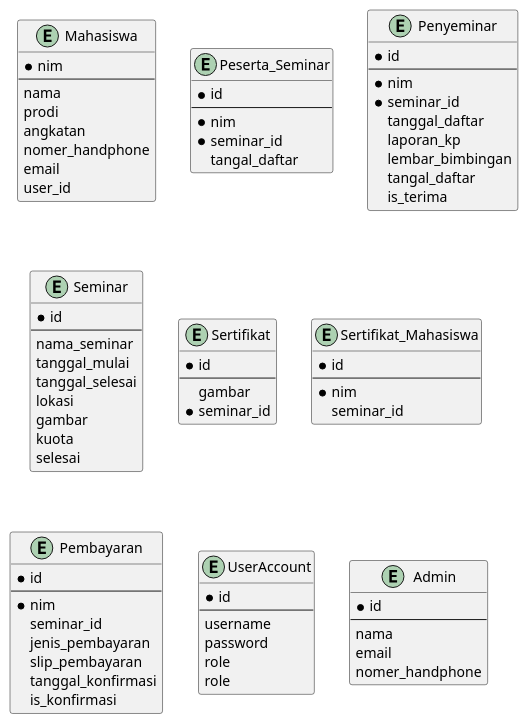
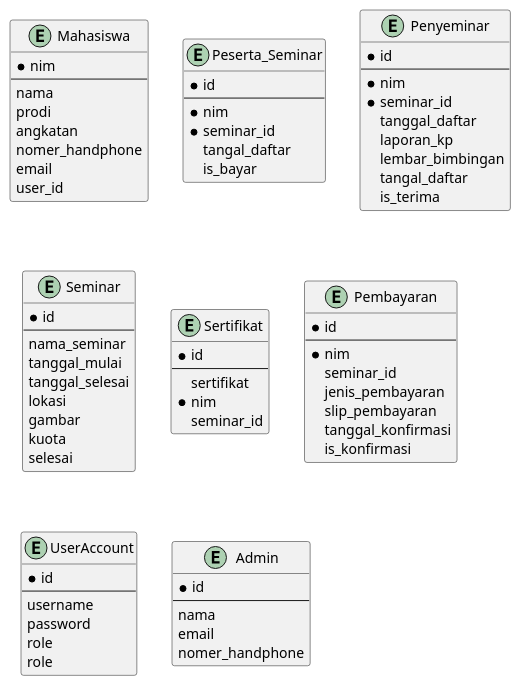
Before and after one commit to ahmadriffai/seminar-kerja-praktek: the diagram in uml/erd/erd.puml, drawn with PlantUML. The commit also changed 47 other files, not shown here.

```diff
--- a/uml/erd/erd.puml
+++ b/uml/erd/erd.puml
@@ -1,90 +1,86 @@
 @startuml
 
 entity Mahasiswa {
     * nim
     --
     nama
     prodi
     angkatan
     nomer_handphone
     email
     user_id
 }
 
 entity Peserta_Seminar{
     * id
     --
     *nim
     *seminar_id
     tangal_daftar
+    is_bayar
 }
 
 entity Penyeminar{
     *id
     --
     *nim
     *seminar_id
     tanggal_daftar
     laporan_kp
     lembar_bimbingan
     tangal_daftar
     is_terima
 }
 
 entity Seminar{
     *id
     --
     nama_seminar
     tanggal_mulai
     tanggal_selesai
     lokasi
     gambar
     kuota
     selesai
 }
 
+
 entity Sertifikat{
     *id
     --
-    gambar
-    *seminar_id
-}
-
-entity Sertifikat_Mahasiswa{
-    *id
-    --
+    sertifikat
     *nim
     seminar_id
 }
 
 entity Pembayaran{
     *id
     --
     *nim
     seminar_id
     jenis_pembayaran
     slip_pembayaran
     tanggal_konfirmasi
     is_konfirmasi
 }
 
 entity UserAccount{
     *id
     --
     username
     password
     role
     role
 }
 
 entity Admin{
     *id
     --
     nama
     email
     nomer_handphone
 }
 
 
 
 @enduml
```
